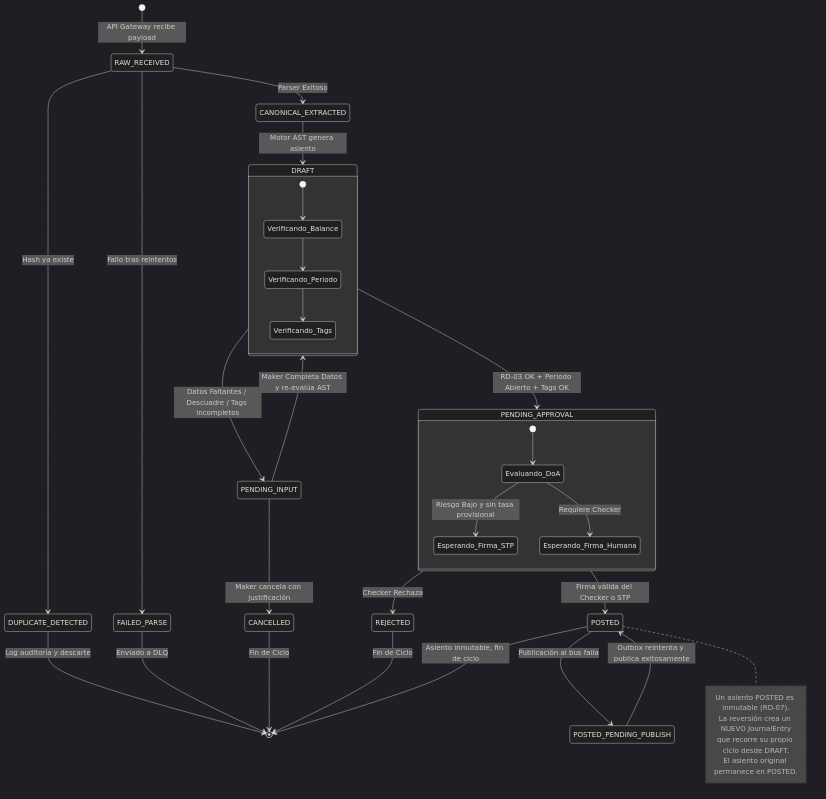
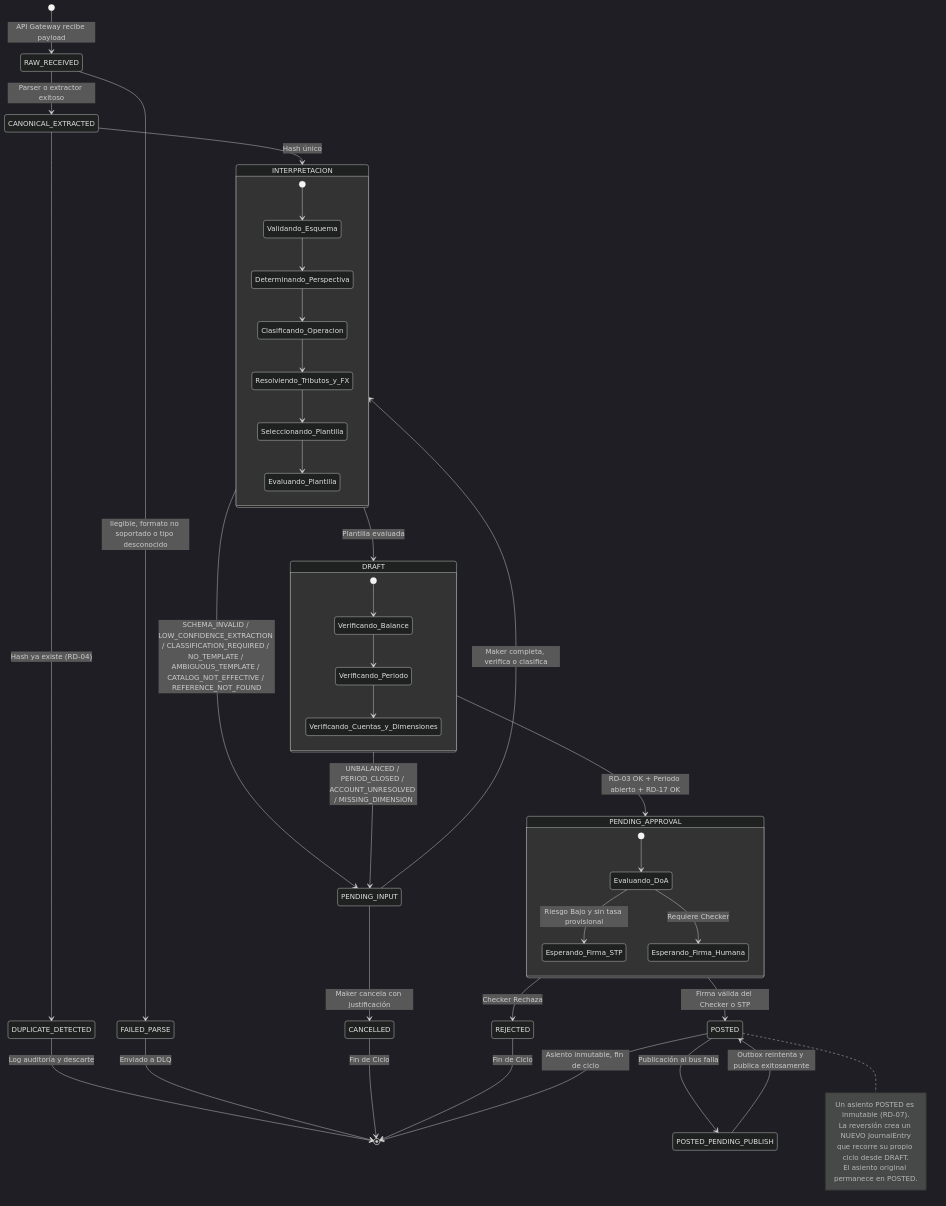
The tenth of 11 diagrams in specs/SDD-ACL-Translation-Engine.md (LinuxRiders/SaasContable), drawn with Mermaid (dark theme) before and after one commit. The commit also changed other lines of this file and 343 other files, not shown here.

````diff
--- a/specs/SDD-ACL-Translation-Engine.md
+++ b/specs/SDD-ACL-Translation-Engine.md
@@ -572,47 +1219,58 @@
 ```mermaid
 stateDiagram-v2
     [*] --> RAW_RECEIVED : API Gateway recibe payload
-    RAW_RECEIVED --> DUPLICATE_DETECTED : Hash ya existe
-    RAW_RECEIVED --> CANONICAL_EXTRACTED : Parser Exitoso
-    RAW_RECEIVED --> FAILED_PARSE : Fallo tras reintentos
+    RAW_RECEIVED --> CANONICAL_EXTRACTED : Parser o extractor exitoso
+    RAW_RECEIVED --> FAILED_PARSE : Ilegible, formato no soportado o tipo desconocido
+    CANONICAL_EXTRACTED --> DUPLICATE_DETECTED : Hash ya existe (RD-04)
 
     DUPLICATE_DETECTED --> [*] : Log auditoría y descarte
     FAILED_PARSE --> [*] : Enviado a DLQ
 
-    CANONICAL_EXTRACTED --> DRAFT : Motor AST genera asiento
+    state INTERPRETACION {
+        [*] --> Validando_Esquema
+        Validando_Esquema --> Determinando_Perspectiva
+        Determinando_Perspectiva --> Clasificando_Operacion
+        Clasificando_Operacion --> Resolviendo_Tributos_y_FX
+        Resolviendo_Tributos_y_FX --> Seleccionando_Plantilla
+        Seleccionando_Plantilla --> Evaluando_Plantilla
+    }
+
+    CANONICAL_EXTRACTED --> INTERPRETACION : Hash único
+    INTERPRETACION --> DRAFT : Plantilla evaluada
+    INTERPRETACION --> PENDING_INPUT : SCHEMA_INVALID / LOW_CONFIDENCE_EXTRACTION / CLASSIFICATION_REQUIRED / NO_TEMPLATE / AMBIGUOUS_TEMPLATE / CATALOG_NOT_EFFECTIVE / REFERENCE_NOT_FOUND
 
     state DRAFT {
         [*] --> Verificando_Balance
         Verificando_Balance --> Verificando_Periodo
-        Verificando_Periodo --> Verificando_Tags
+        Verificando_Periodo --> Verificando_Cuentas_y_Dimensiones
     }
 
-    DRAFT --> PENDING_INPUT : Datos Faltantes / Descuadre / Tags incompletos
-    PENDING_INPUT --> DRAFT : Maker Completa Datos y re-evalúa AST
+    DRAFT --> PENDING_INPUT : UNBALANCED / PERIOD_CLOSED / ACCOUNT_UNRESOLVED / MISSING_DIMENSION
+    PENDING_INPUT --> INTERPRETACION : Maker completa, verifica o clasifica
     PENDING_INPUT --> CANCELLED : Maker cancela con justificación
 
-    DRAFT --> PENDING_APPROVAL : RD-03 OK + Periodo Abierto + Tags OK
+    DRAFT --> PENDING_APPROVAL : RD-03 OK + Periodo abierto + RD-17 OK
 
     state PENDING_APPROVAL {
         [*] --> Evaluando_DoA
         Evaluando_DoA --> Esperando_Firma_STP : Riesgo Bajo y sin tasa provisional
         Evaluando_DoA --> Esperando_Firma_Humana : Requiere Checker
     }
 
     PENDING_APPROVAL --> POSTED : Firma válida del Checker o STP
     PENDING_APPROVAL --> REJECTED : Checker Rechaza
 
     POSTED --> POSTED_PENDING_PUBLISH : Publicación al bus falla
     POSTED_PENDING_PUBLISH --> POSTED : Outbox reintenta y publica exitosamente
 
     CANCELLED --> [*] : Fin de Ciclo
     REJECTED --> [*] : Fin de Ciclo
     POSTED --> [*] : Asiento inmutable, fin de ciclo
 
     note right of POSTED
         Un asiento POSTED es inmutable (RD-07).
         La reversión crea un NUEVO JournalEntry
         que recorre su propio ciclo desde DRAFT.
         El asiento original permanece en POSTED.
     end note
 ```
````
